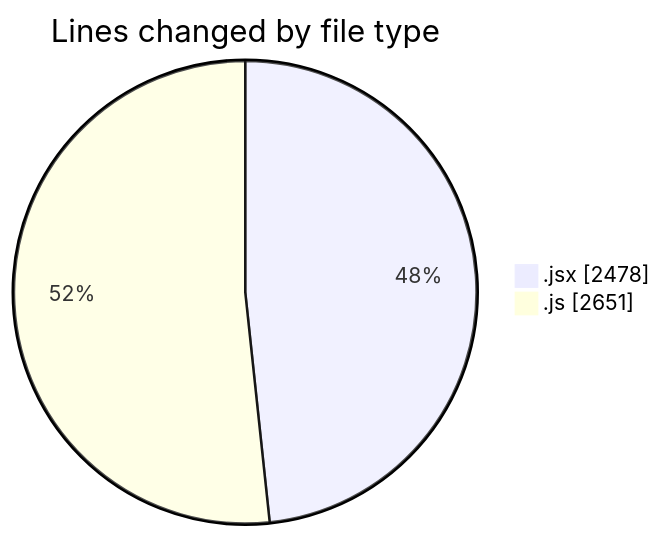
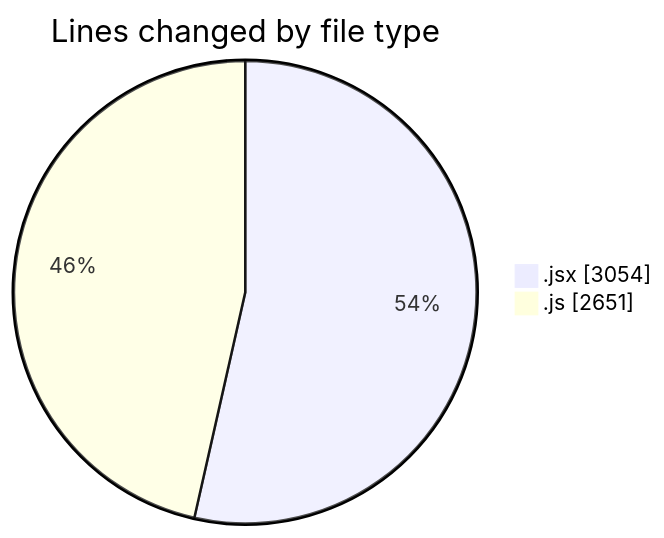
One commit to nxtqubesakshisongat/code-tracking changed the first of 2 diagrams in 2025-07-30/nxtqube_webapp/README.md. Above: the diagram before and after it, drawn with Mermaid. The commit also changed other lines of this file and 1 other file, not shown here.

````diff
--- a/2025-07-30/nxtqube_webapp/README.md
+++ b/2025-07-30/nxtqube_webapp/README.md
@@ -30,6 +31,6 @@
 ```mermaid
 pie showData
 title Lines changed by file type
-".jsx" : 2478
+".jsx" : 3054
 ".js" : 2651
 ```
````
